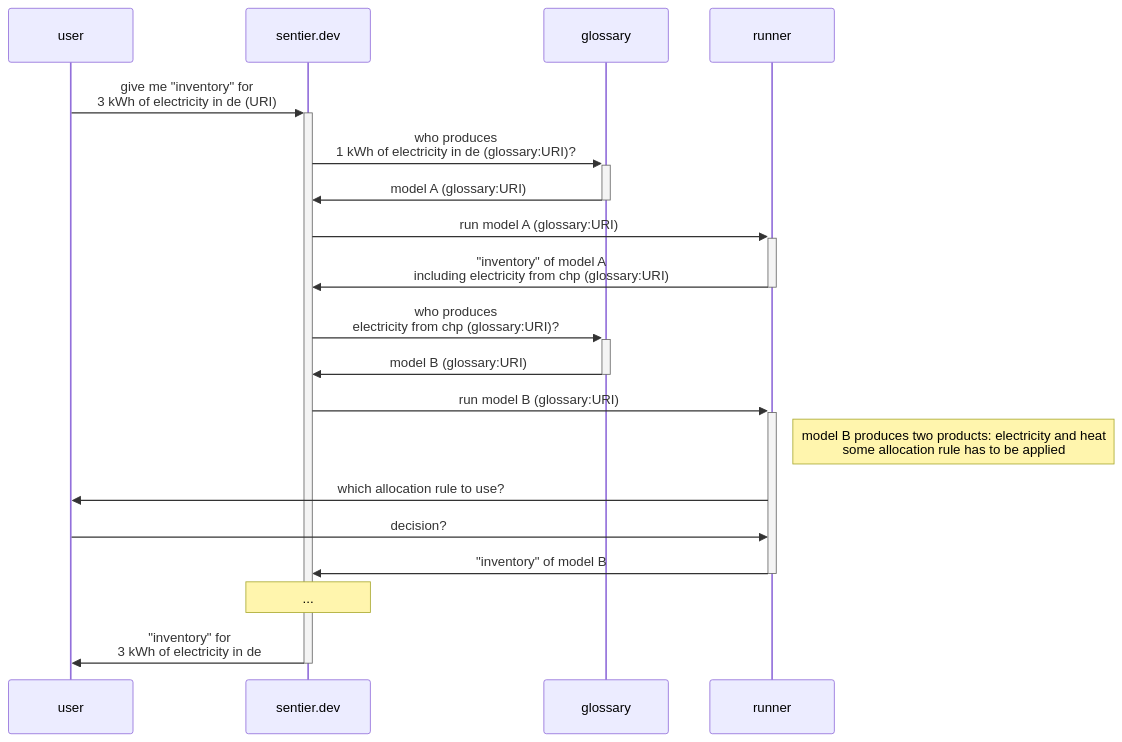
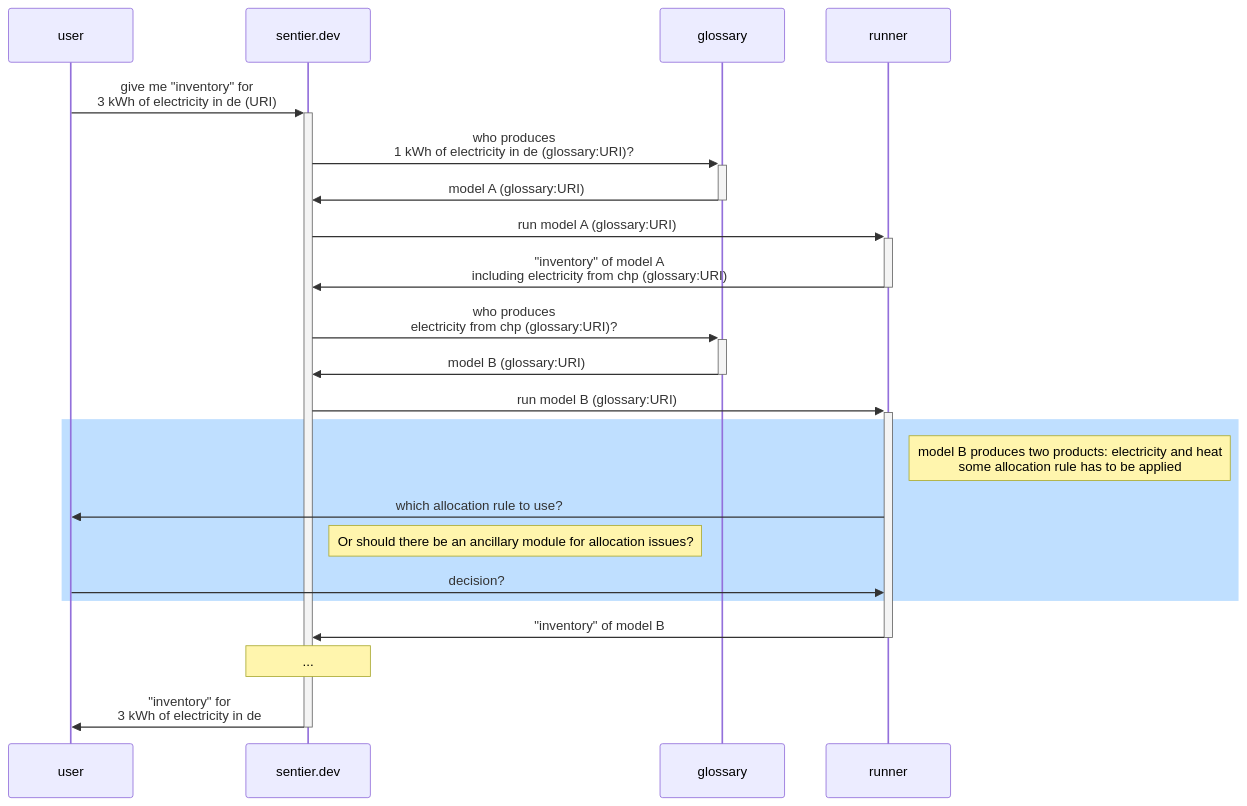
One commit to YannickSchubert/moeschberg_example_models changed the diagram in README.md. Above: the diagram before and after it, drawn with Mermaid.

````diff
--- a/README.md
+++ b/README.md
@@ -20,17 +20,20 @@
 ```mermaid
 sequenceDiagram
 user->>+sentier.dev: give me "inventory" for<br/>3 kWh of electricity in de (URI)
 sentier.dev->>+glossary: who produces<br/>1 kWh of electricity in de (glossary:URI)?
 glossary->>-sentier.dev: model A (glossary:URI)
 sentier.dev->>+runner: run model A (glossary:URI)
 runner->>-sentier.dev: "inventory" of model A<br/>including electricity from chp (glossary:URI)
 sentier.dev->>+glossary: who produces<br/>electricity from chp (glossary:URI)?
 glossary->>-sentier.dev: model B (glossary:URI)
 sentier.dev->>+runner: run model B (glossary:URI)
+rect rgb(191, 223, 255)
 note right of runner: model B produces two products: electricity and heat<br/>some allocation rule has to be applied
 runner->>user: which allocation rule to use?
+note right of sentier.dev: Or should there be an ancillary module for allocation issues?
 user->>runner: decision?
+end
 runner->>-sentier.dev: "inventory" of model B
 note over sentier.dev: ...
 sentier.dev->>-user: "inventory" for<br/>3 kWh of electricity in de
 ```
````
